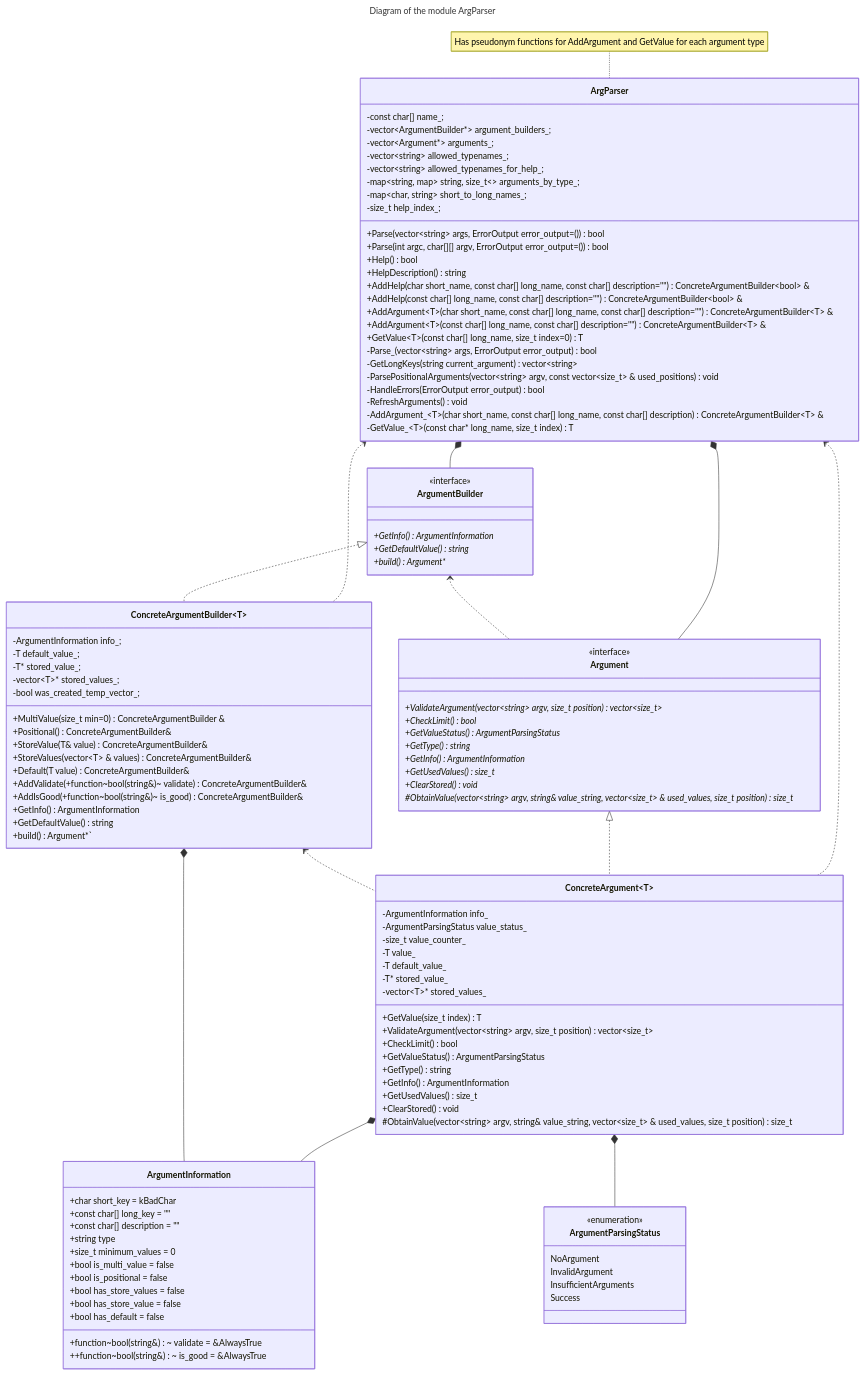
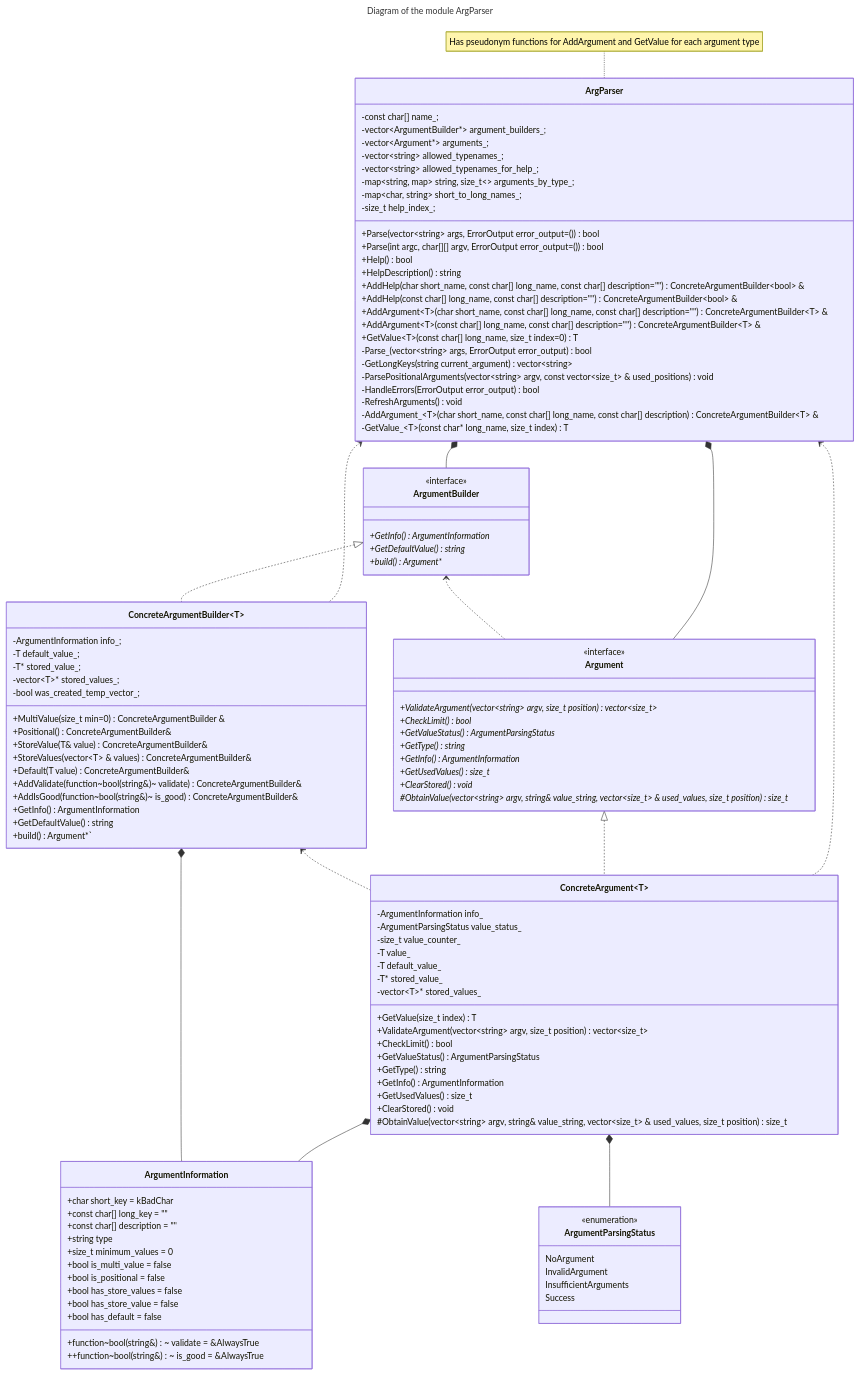
Before and after one commit to bialger/weather-forecast: the second of 2 diagrams in docs/dev/architecture.md, drawn with Mermaid. The commit also changed 1 other file, not shown here.

```diff
--- a/docs/dev/architecture.md
+++ b/docs/dev/architecture.md
@@ -138,8 +138,8 @@
         +StoreValue(T& value) ConcreteArgumentBuilder&
         +StoreValues(vector~T~ & values) ConcreteArgumentBuilder&
         +Default(T value) ConcreteArgumentBuilder&
-        +AddValidate(+function~bool(string&)~ validate) ConcreteArgumentBuilder&
-        +AddIsGood(+function~bool(string&)~ is_good) ConcreteArgumentBuilder&
+        +AddValidate(function~bool(string&)~ validate) ConcreteArgumentBuilder&
+        +AddIsGood(function~bool(string&)~ is_good) ConcreteArgumentBuilder&
         +GetInfo() ArgumentInformation
         +GetDefaultValue() string
         +build() Argument*`
```
